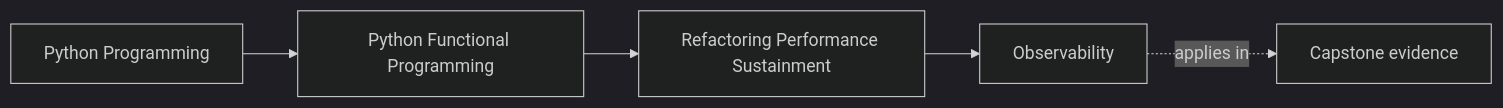
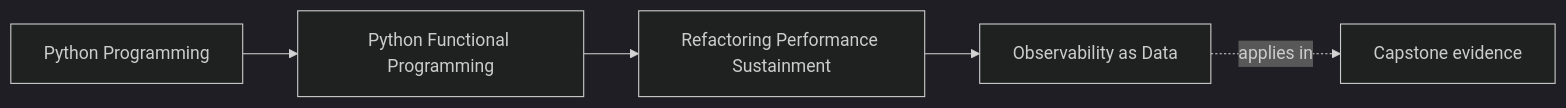
One commit to bijux/bijux-masterclass changed the first of 3 diagrams in programs/python-programming/python-functional-programming/course-book/module-10-refactoring-performance-sustainment/observability.md. Above: the diagram before and after it, drawn with Mermaid (dark theme). The commit also changed other lines of this file, not shown here.

Commit message:
docs(funcpipe-rag): keep observations outside control flow

````diff
--- a/programs/python-programming/python-functional-programming/course-book/module-10-refactoring-performance-sustainment/observability.md
+++ b/programs/python-programming/python-functional-programming/course-book/module-10-refactoring-performance-sustainment/observability.md
@@ -7,11 +6,11 @@
 ```mermaid
 graph LR
   family["Python Programming"]
   program["Python Functional Programming"]
   section["Refactoring Performance Sustainment"]
-  page["Observability"]
+  page["Observability as Data"]
   capstone["Capstone evidence"]
 
   family --> program --> section --> page
   page -.applies in.-> capstone
 ```
````
